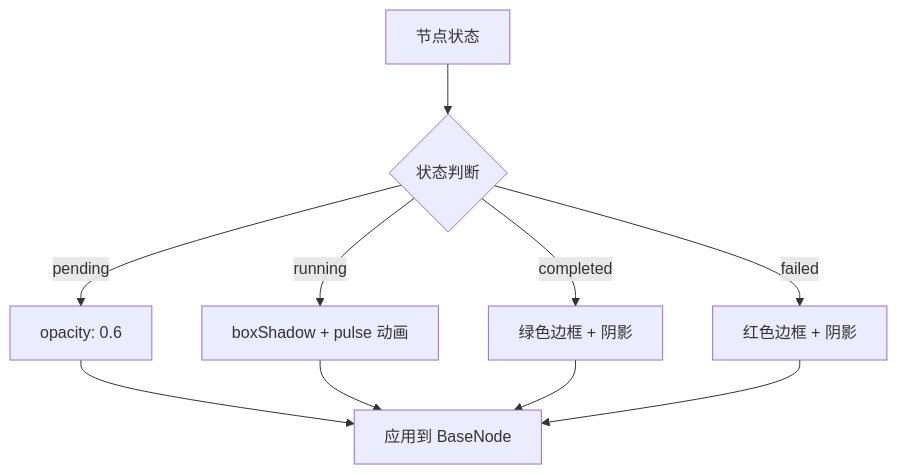
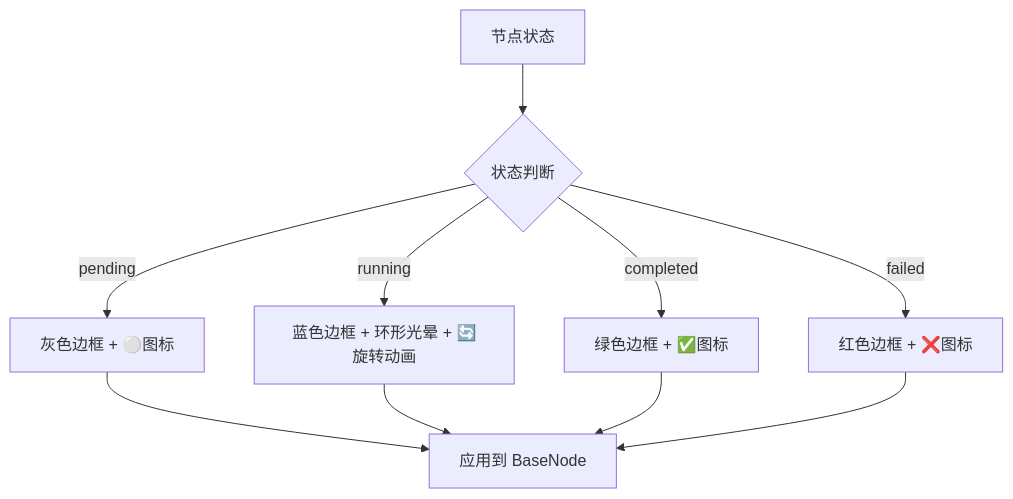
One commit to hrygo/council changed the fourth of 8 diagrams in .qoder/repowiki/zh/content/UI组件库/工作流节点组件/基础节点组件.md. Above: the diagram before and after it, drawn with Mermaid. The commit also changed other lines of this file and 19 other files, not shown here.

````diff
--- a/.qoder/repowiki/zh/content/UI组件库/工作流节点组件/基础节点组件.md
+++ b/.qoder/repowiki/zh/content/UI组件库/工作流节点组件/基础节点组件.md
@@ -132,12 +133,12 @@
 ```mermaid
 flowchart TD
 A[节点状态] --> B{状态判断}
-B --> |pending| C[opacity: 0.6]
-B --> |running| D[boxShadow + pulse 动画]
-B --> |completed| E[绿色边框 + 阴影]
-B --> |failed| F[红色边框 + 阴影]
+B --> |pending| C[灰色边框 + ⚪图标]
+B --> |running| D[蓝色边框 + 环形光晕 + 🔄旋转动画]
+B --> |completed| E[绿色边框 + ✅图标]
+B --> |failed| F[红色边框 + ❌图标]
 C --> G[应用到 BaseNode]
 D --> G
 E --> G
 F --> G
 ```
````
